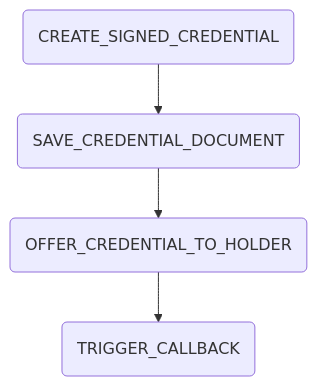
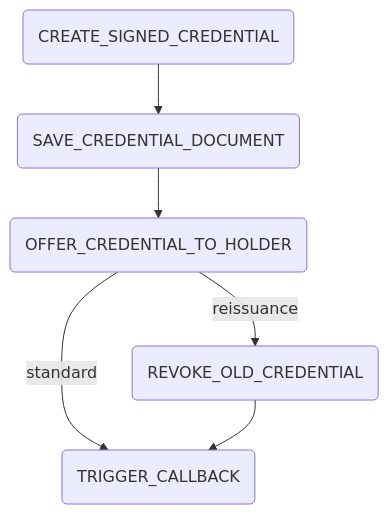
Before and after one commit to eclipse-tractusx/ssi-credential-issuer: the diagram in docs/admin/processes/01. create_credential.md, drawn with Mermaid. The commit also changed other lines of this file and 47 other files, not shown here.

````diff
--- a/docs/admin/processes/01. create_credential.md
+++ b/docs/admin/processes/01. create_credential.md
@@ -7,6 +7,8 @@
 ```mermaid
 flowchart TD
     A(CREATE_SIGNED_CREDENTIAL) --> B(SAVE_CREDENTIAL_DOCUMENT)
     B --> C(OFFER_CREDENTIAL_TO_HOLDER)
-    C --> D(TRIGGER_CALLBACK)
+    C -- standard --> D(TRIGGER_CALLBACK)
+    C -- reissuance --> E(REVOKE_OLD_CREDENTIAL)
+    E --> D
 ```
````
